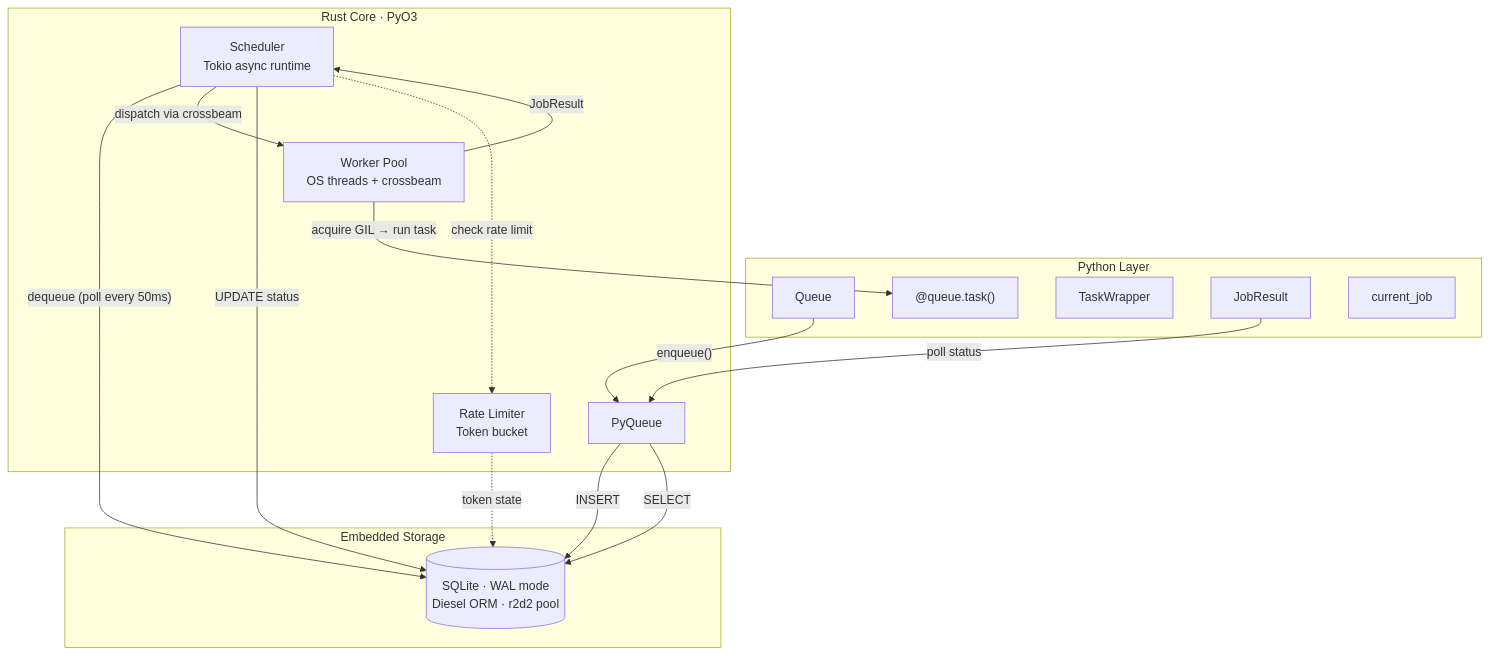
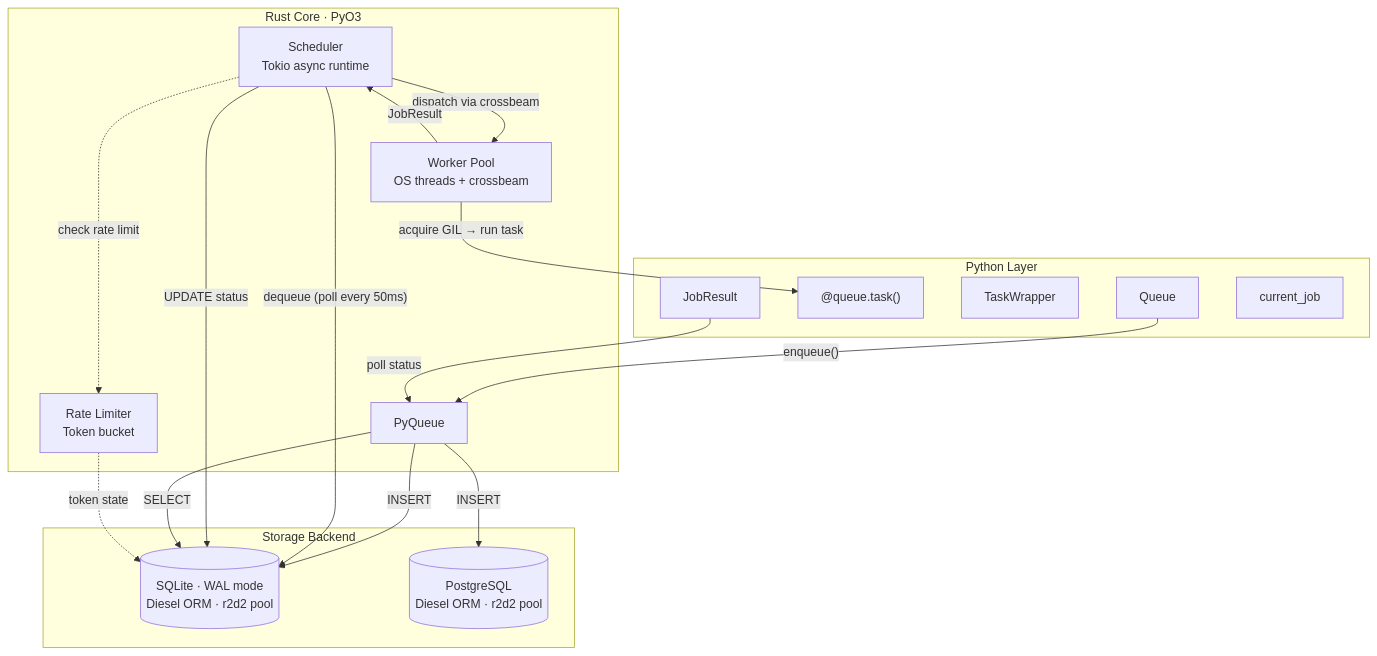
Before and after one commit to ByteVeda/taskito: the first of 3 diagrams in docs/architecture.md, drawn with Mermaid. The commit also changed other lines of this file and 5 other files, not shown here.

````diff
--- a/docs/architecture.md
+++ b/docs/architecture.md
@@ -7,33 +7,35 @@
 ```mermaid
 graph TB
     subgraph Python ["Python Layer"]
         A["Queue"]
         B["@queue.task()"]
         C["TaskWrapper"]
         D["JobResult"]
         E["current_job"]
     end
 
     subgraph Rust ["Rust Core · PyO3"]
         F["PyQueue"]
         G["Scheduler<br/>Tokio async runtime"]
         H["Worker Pool<br/>OS threads + crossbeam"]
         I["Rate Limiter<br/>Token bucket"]
     end
 
-    subgraph Storage ["Embedded Storage"]
+    subgraph Storage ["Storage Backend"]
         J[("SQLite · WAL mode<br/>Diesel ORM · r2d2 pool")]
+        K[("PostgreSQL<br/>Diesel ORM · r2d2 pool")]
     end
 
     A -->|"enqueue()"| F
     F -->|INSERT| J
+    F -->|INSERT| K
     G -->|"dequeue (poll every 50ms)"| J
     G -->|"dispatch via crossbeam"| H
     H -->|"acquire GIL → run task"| B
     H -->|"JobResult"| G
     G -->|"UPDATE status"| J
     D -->|"poll status"| F
     F -->|SELECT| J
     G -.->|"check rate limit"| I
     I -.->|"token state"| J
 ```
````
